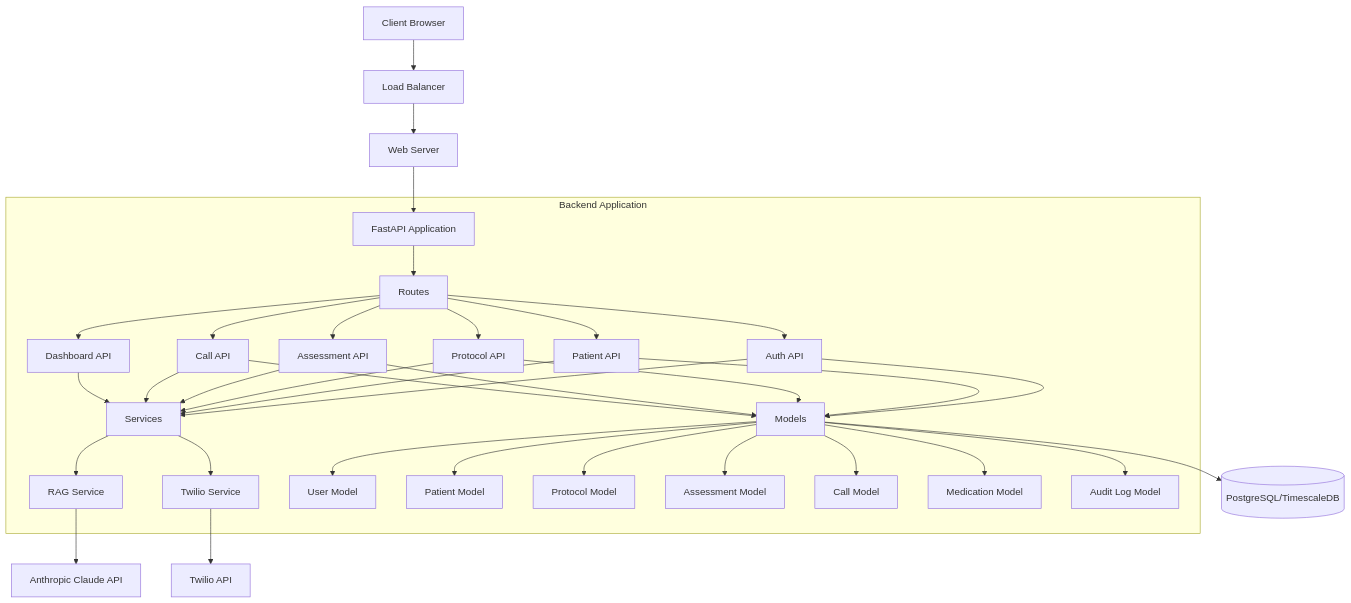
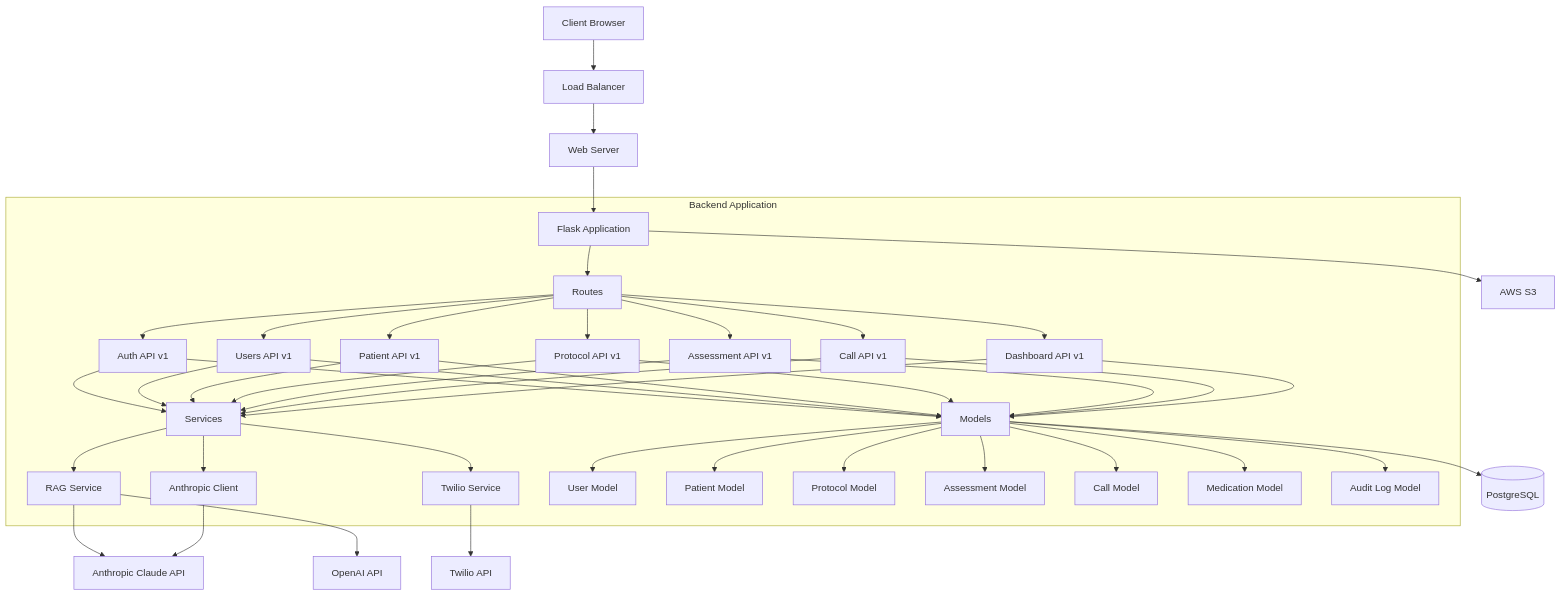
Before and after one commit to quome-steadywell/cust-steadywellos-webapp: the diagram in ARCHITECTURE.md, drawn with Mermaid. The commit also changed other lines of this file, not shown here.

Commit message:
Update architecture doc to reflect PostgreSQL-only setup

````diff
--- a/ARCHITECTURE.md
+++ b/ARCHITECTURE.md
@@ -7,41 +7,48 @@
 ```mermaid
 graph TB
     Client[Client Browser]
     LoadBalancer[Load Balancer]
     WebServer[Web Server]
-    API[FastAPI Application]
-    DB[(PostgreSQL/TimescaleDB)]
+    API[Flask Application]
+    DB[(PostgreSQL)]
     TwilioAPI[Twilio API]
     AnthropicAPI[Anthropic Claude API]
-    
+    OpenAIAPI[OpenAI API]
+    S3[AWS S3]
+
     Client --> LoadBalancer
     LoadBalancer --> WebServer
     WebServer --> API
-    
+
     subgraph "Backend Application"
         API --> Routes
-        Routes --> AuthAPI[Auth API]
-        Routes --> PatientAPI[Patient API]
-        Routes --> ProtocolAPI[Protocol API]
-        Routes --> AssessmentAPI[Assessment API]
-        Routes --> CallAPI[Call API]
-        Routes --> DashboardAPI[Dashboard API]
-        
-        AuthAPI & PatientAPI & ProtocolAPI & AssessmentAPI & CallAPI & DashboardAPI --> Services
+        Routes --> AuthAPI[Auth API v1]
+        Routes --> UsersAPI[Users API v1]
+        Routes --> PatientAPI[Patient API v1]
+        Routes --> ProtocolAPI[Protocol API v1]
+        Routes --> AssessmentAPI[Assessment API v1]
+        Routes --> CallAPI[Call API v1]
+        Routes --> DashboardAPI[Dashboard API v1]
+
+        AuthAPI & UsersAPI & PatientAPI & ProtocolAPI & AssessmentAPI & CallAPI & DashboardAPI --> Services
         Services --> RAGService[RAG Service]
         Services --> TwilioService[Twilio Service]
-        
-        AuthAPI & PatientAPI & ProtocolAPI & AssessmentAPI & CallAPI --> Models
+        Services --> AnthropicClient[Anthropic Client]
+
+        AuthAPI & UsersAPI & PatientAPI & ProtocolAPI & AssessmentAPI & CallAPI & DashboardAPI --> Models
         Models --> UserModel[User Model]
         Models --> PatientModel[Patient Model]
         Models --> ProtocolModel[Protocol Model]
         Models --> AssessmentModel[Assessment Model]
         Models --> CallModel[Call Model]
         Models --> MedicationModel[Medication Model]
         Models --> AuditLogModel[Audit Log Model]
     end
-    
+
     RAGService --> AnthropicAPI
+    RAGService --> OpenAIAPI
+    AnthropicClient --> AnthropicAPI
     TwilioService --> TwilioAPI
+    API --> S3
     Models --> DB
 ```
````
